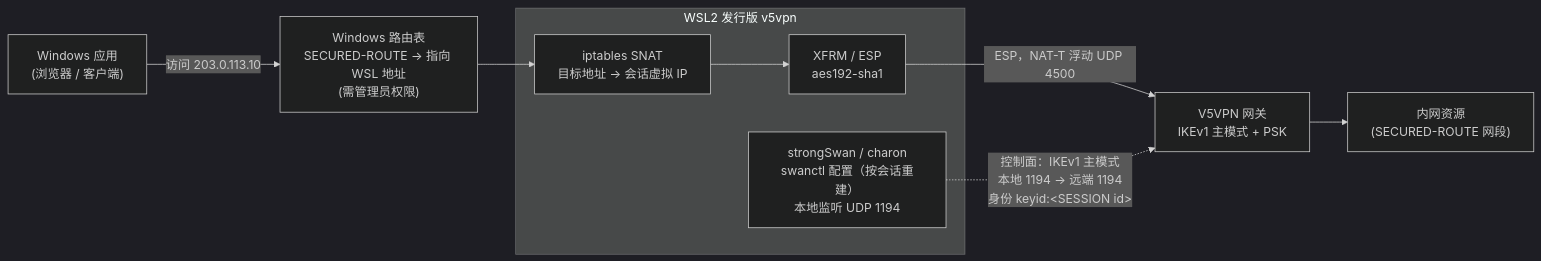
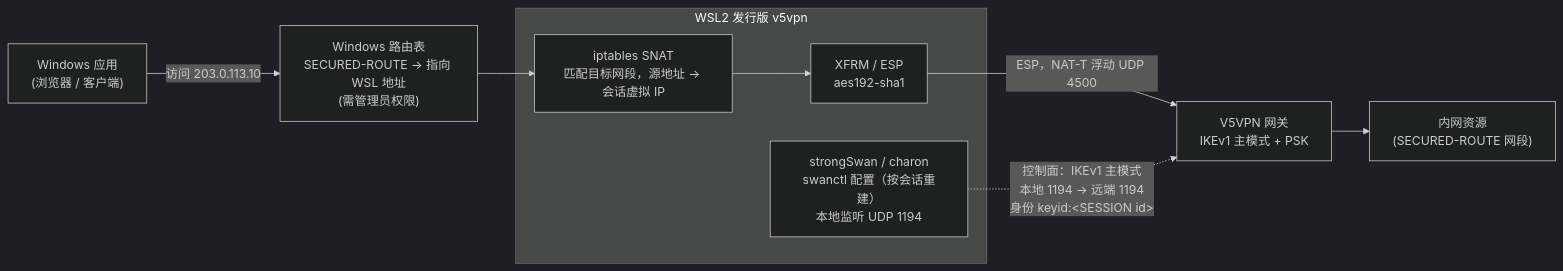
Before and after one commit to hygkui/v5vpn-rea-client: the first of 2 diagrams in docs/ipsec.md, drawn with Mermaid (dark theme). The commit also changed other lines of this file, not shown here.

````diff
--- a/docs/ipsec.md
+++ b/docs/ipsec.md
@@ -53,19 +53,19 @@
 ```mermaid
 flowchart LR
     app["Windows 应用<br/>(浏览器 / 客户端)"]
     winroute["Windows 路由表<br/>SECURED-ROUTE → 指向 WSL 地址<br/>(需管理员权限)"]
     subgraph wsl["WSL2 发行版 v5vpn"]
-        snat["iptables SNAT<br/>目标地址 → 会话虚拟 IP"]
+        snat["iptables SNAT<br/>匹配目标网段，源地址 → 会话虚拟 IP"]
         charon["strongSwan / charon<br/>swanctl 配置（按会话重建）<br/>本地监听 UDP 1194"]
         xfrm["XFRM / ESP<br/>aes192-sha1"]
     end
     gw["V5VPN 网关<br/>IKEv1 主模式 + PSK"]
     res["内网资源<br/>(SECURED-ROUTE 网段)"]
 
     app -->|"访问 203.0.113.10"| winroute
     winroute --> snat
     snat --> xfrm
     xfrm -->|"ESP，NAT-T 浮动 UDP 4500"| gw
     charon -.->|"控制面：IKEv1 主模式<br/>本地 1194 → 远端 1194<br/>身份 keyid:&lt;SESSION id&gt;"| gw
     gw --> res
 ```
````
